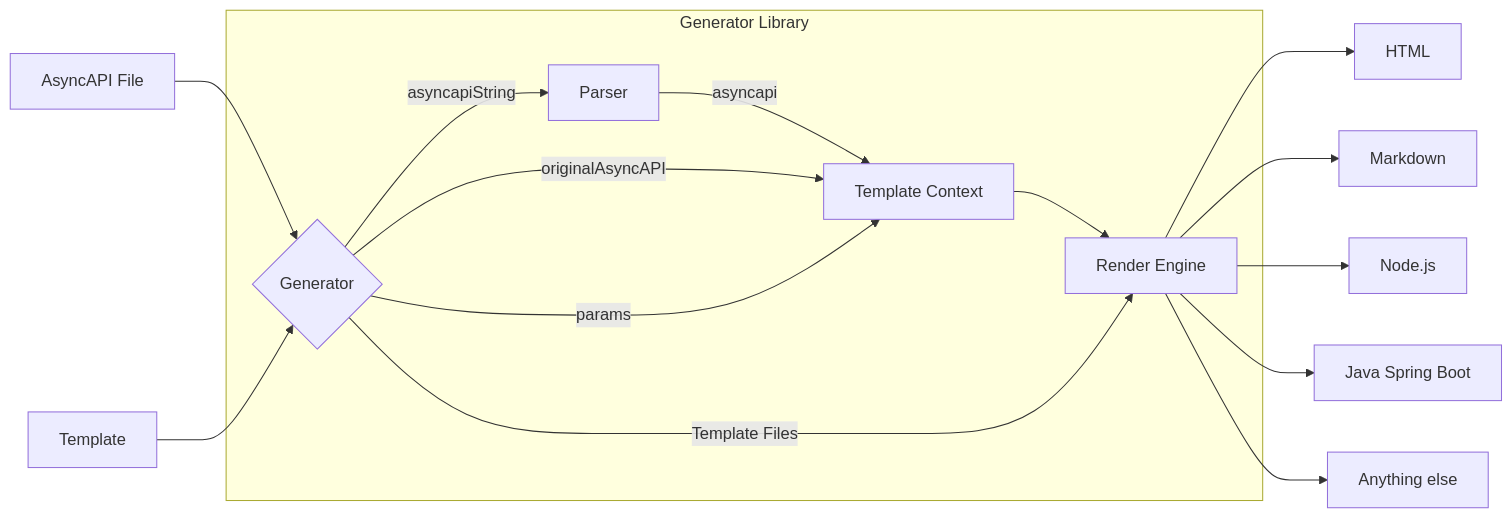
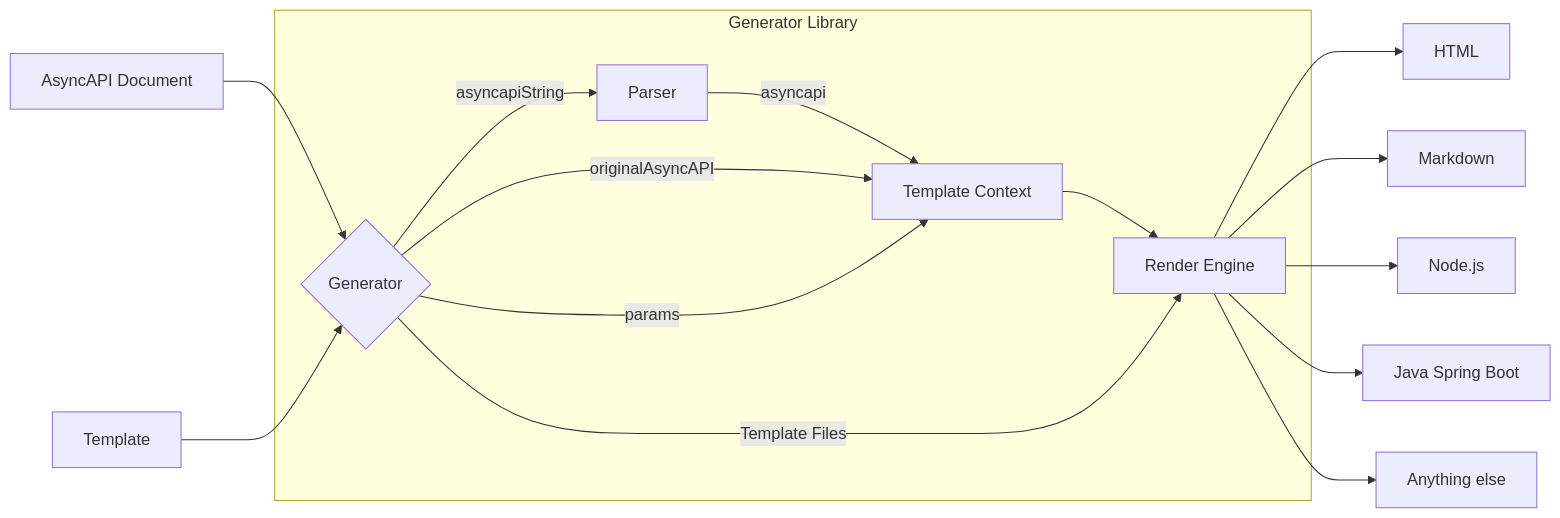
Before and after one commit to asyncapi/generator: the diagram in docs/index.md, drawn with Mermaid. The commit also changed other lines of this file and 1 other file, not shown here.

````diff
--- a/docs/index.md
+++ b/docs/index.md
@@ -32,22 +32,22 @@
 ``` mermaid
 graph LR
     A[Template Context]
     B{Generator}
     C[Parser]
     D[Render Engine]
-    E[AsyncAPI File] --> B
+    E[AsyncAPI Document] --> B
     F[Template] --> B
   subgraph Generator Library
     B -->| asyncapiString | C
     C --> | asyncapi | A
     B--> | originalAsyncAPI | A
     B--> | params | A
     A --> D
     B --> | Template Files | D
   end
   D --> O[HTML]
   D --> M[Markdown]
   D --> N[Node.js]
   D --> J[Java Spring Boot]
   D --> K[Anything else]
   ```
````
